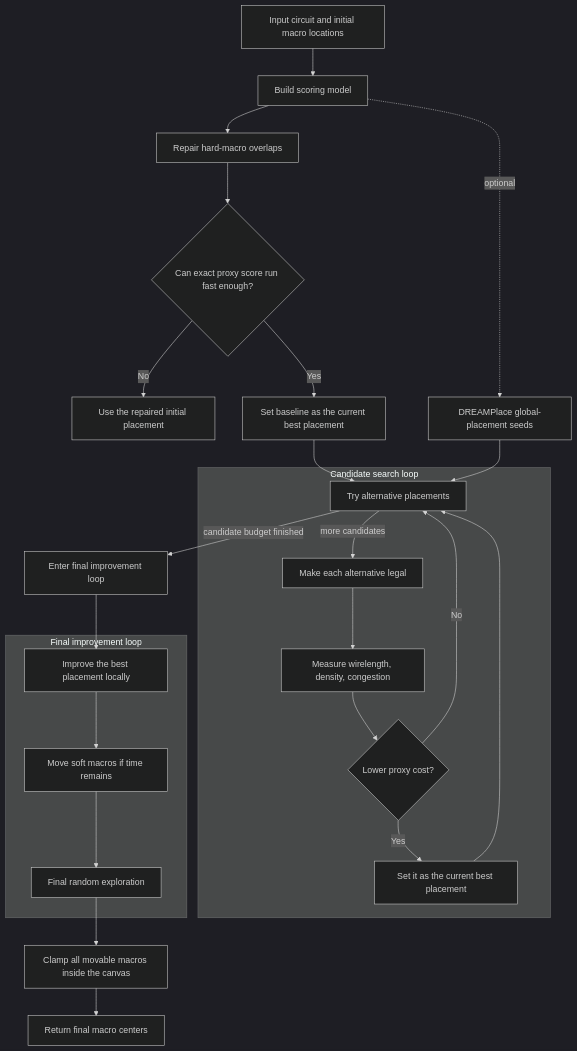
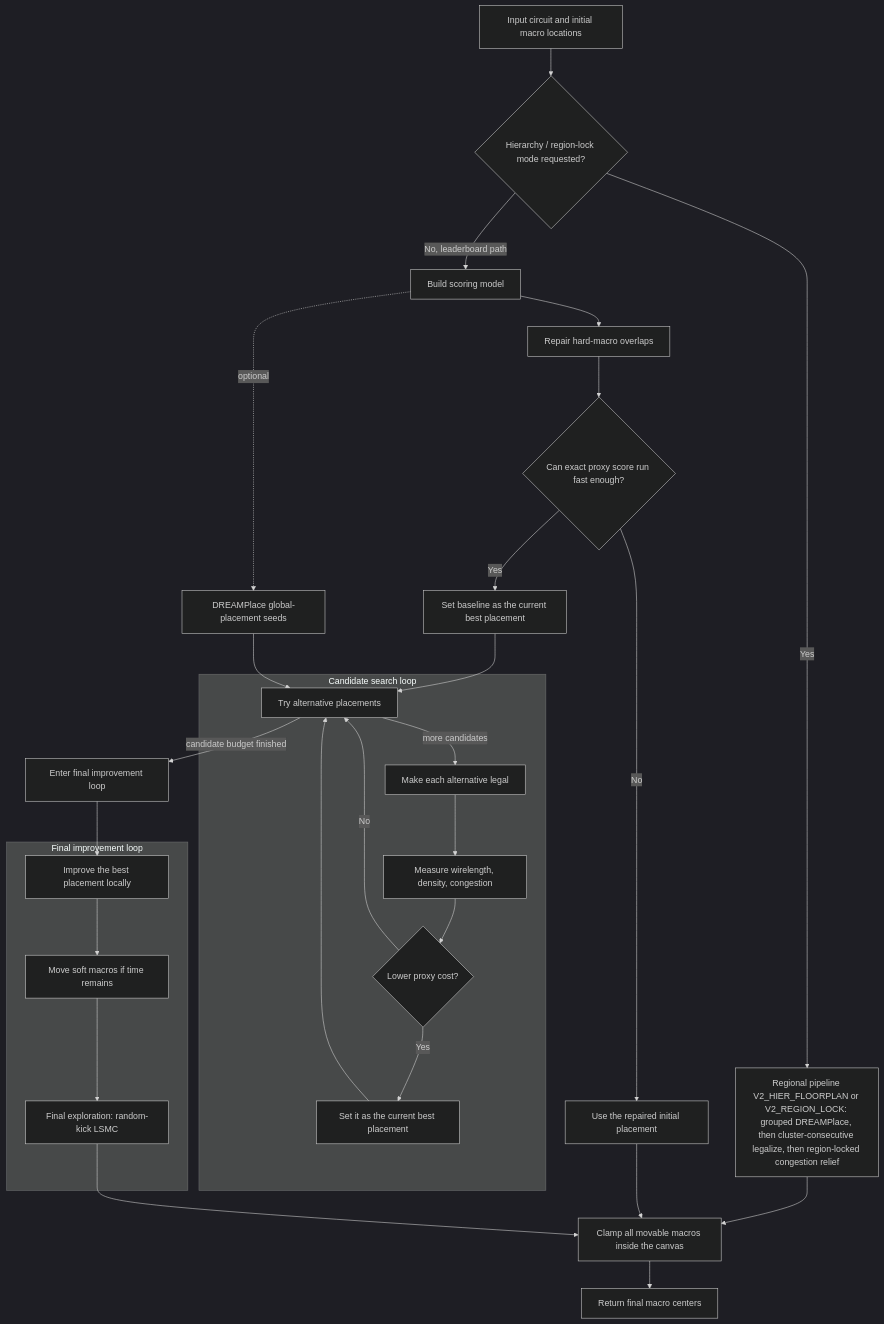
The diagram in docs/general/DESIGN_FLOW.md (SameerSul/leetfm-macro-place-challenge-2026), drawn with Mermaid (dark theme) before and after one commit. The commit also changed other lines of this file and 154 other files, not shown here.

````diff
--- a/docs/general/DESIGN_FLOW.md
+++ b/docs/general/DESIGN_FLOW.md
@@ -27,42 +26,46 @@
 ```mermaid
 flowchart TD
-    A[Input circuit and initial macro locations] --> B[Build scoring model]
+    A[Input circuit and initial macro locations] --> RL{Hierarchy / region-lock mode requested?}
+    RL -->|Yes| HR[Regional pipeline V2_HIER_FLOORPLAN or V2_REGION_LOCK: grouped DREAMPlace, then cluster-consecutive legalize, then region-locked congestion relief]
+    HR --> O
+    RL -->|No, leaderboard path| B[Build scoring model]
     B --> C[Repair hard-macro overlaps]
     C --> D{Can exact proxy score run fast enough?}
     D -->|No| E[Use the repaired initial placement]
     D -->|Yes| F[Set baseline as the current best placement]
 
     subgraph S1[Candidate search loop]
         H[Try alternative placements]
         I[Make each alternative legal]
         J[Measure wirelength, density, congestion]
         K{Lower proxy cost?}
         U[Set it as the current best placement]
 
         H -->|more candidates| I
         I --> J
         J --> K
         K -->|Yes| U
         U --> H
         K -->|No| H
     end
 
     B -. optional .-> G[DREAMPlace global-placement seeds]
     F --> H
     G --> H
 
     H -->|candidate budget finished| X[Enter final improvement loop]
 
     subgraph S2[Final improvement loop]
         L[Improve the best placement locally]
         M[Move soft macros if time remains]
-        N[Final random exploration]
+        N[Final exploration: random-kick LSMC]
 
         L --> M
         M --> N
     end
 
     X --> L
+    E --> O
     N --> O[Clamp all movable macros inside the canvas]
     O --> P[Return final macro centers]
 ```
````
